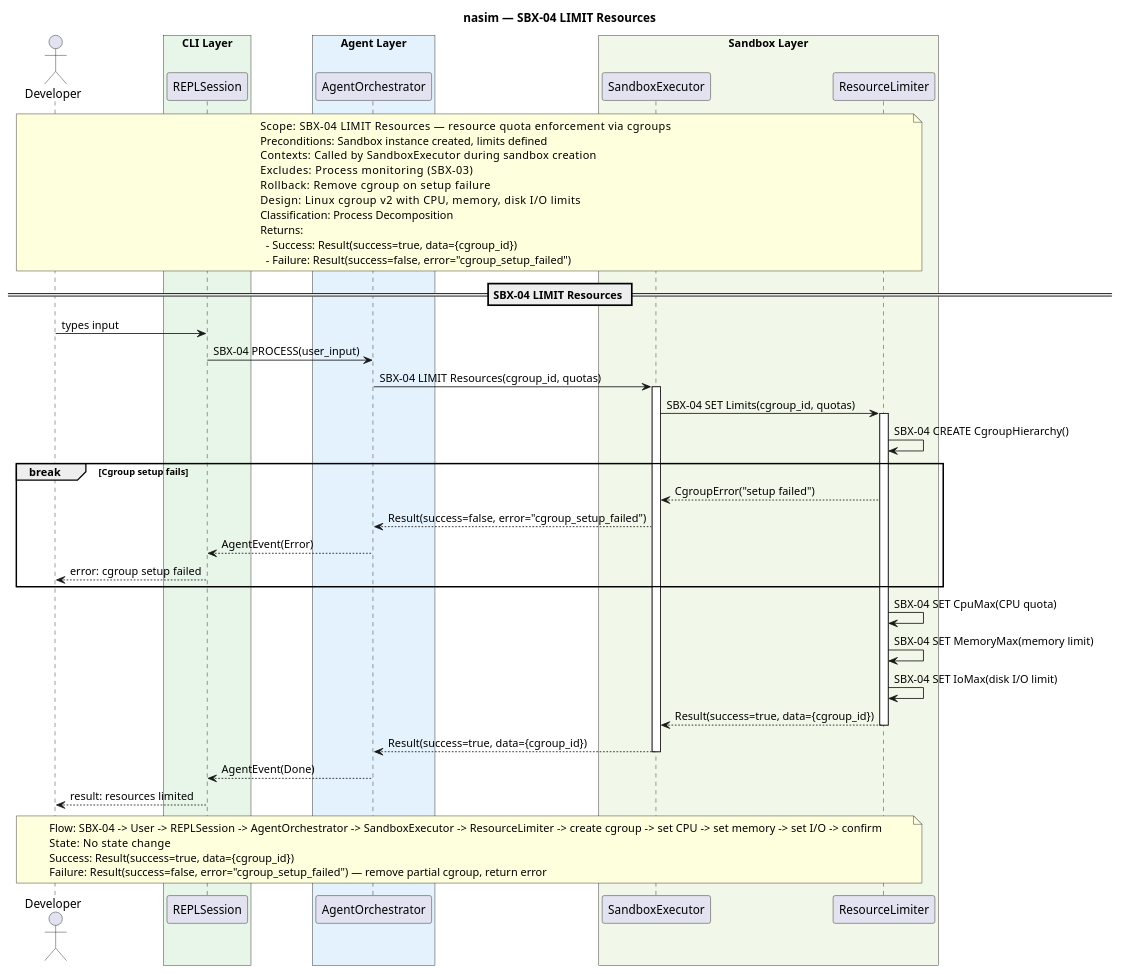
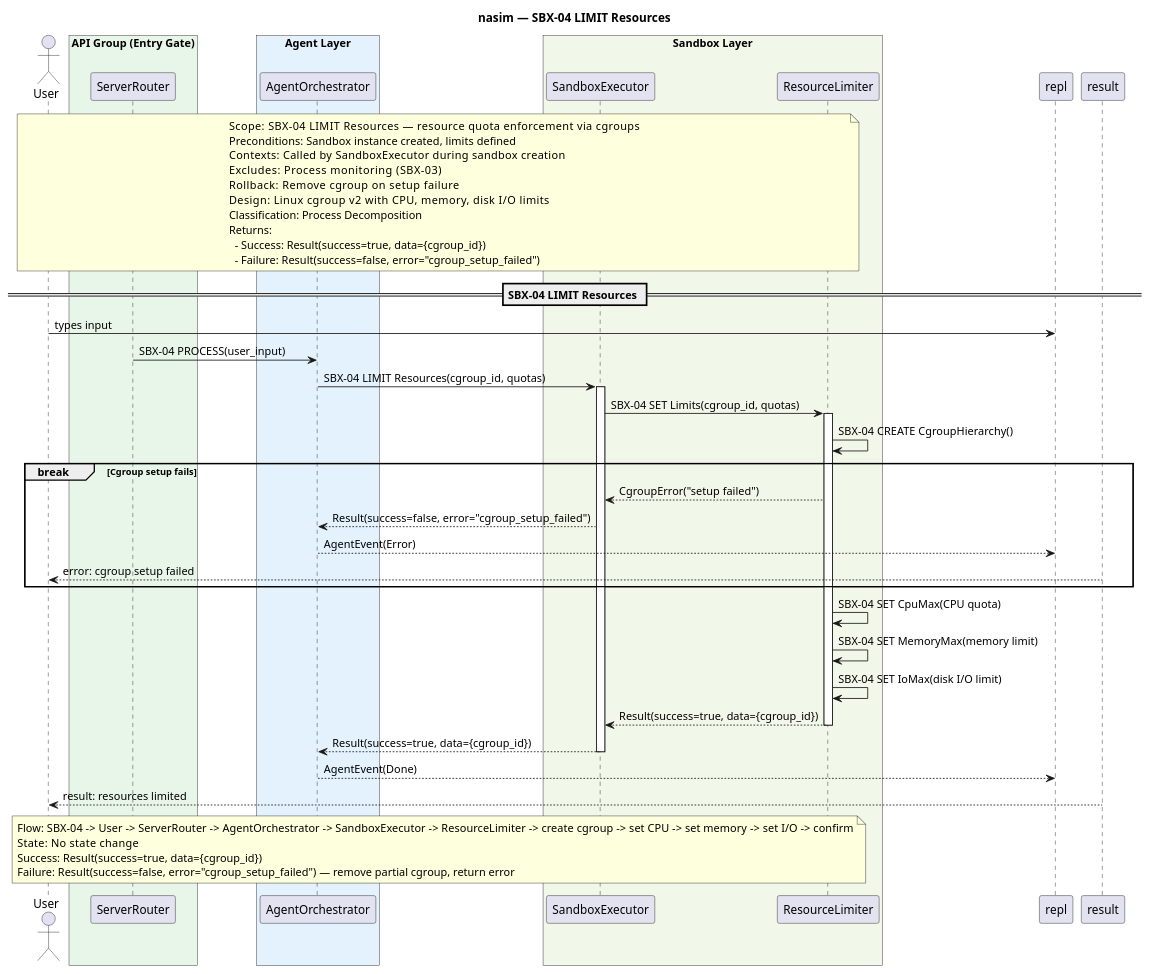
The diagram in docs/SQ/SBX/sq_sbx04_limit_resources.puml (salimnamvar/nasim), drawn with PlantUML before and after one commit. The commit also changed 163 other files, not shown here.

First line of the commit message:
docs: Refactor UC diagrams and documentation for API-First transformation

```diff
--- a/docs/SQ/SBX/sq_sbx04_limit_resources.puml
+++ b/docs/SQ/SBX/sq_sbx04_limit_resources.puml
@@ -1,80 +1,80 @@
 @startuml sq_sbx04_limit_resources
 ' ============================================================
 ' Title:     SBX-04 — LIMIT Resources
 ' Boundary:  nasim code agent
 ' Purpose:   Enforce CPU, memory, and disk quotas per sandbox instance
 ' Milestone: v1.0
-' Version:   3.0.0
-' Source:    docs/UC/README.md
+' Version:   7.0.0
+' Source:    CAR refinement loop — API-First transformation
 ' Review:    docs/SQ/README.md
 ' ============================================================
 
 title nasim — SBX-04 LIMIT Resources
 
-actor "Developer" as user
+actor "User" as user
 
-box "CLI Layer" #E8F5E9
-  participant "REPLSession" as repl
+box "API Group (Entry Gate)" #E8F5E9
+  participant "ServerRouter" as router
 end box
 box "Agent Layer" #E3F2FD
   participant "AgentOrchestrator" as agent
 end box
 box "Sandbox Layer" #F1F8E9
   participant "SandboxExecutor" as executor
   participant "ResourceLimiter" as limiter
 end box
 
 note over user, limiter
   Scope:          SBX-04 LIMIT Resources — resource quota enforcement via cgroups
   Preconditions:  Sandbox instance created, limits defined
   Contexts:       Called by SandboxExecutor during sandbox creation
   Excludes:       Process monitoring (SBX-03)
   Rollback:       Remove cgroup on setup failure
   Design:         Linux cgroup v2 with CPU, memory, disk I/O limits
   Classification: Process Decomposition
   Returns:
     - Success: Result(success=true, data={cgroup_id})
     - Failure: Result(success=false, error="cgroup_setup_failed")
 end note
 
 == SBX-04 LIMIT Resources ==
 
 user -> repl : types input
-repl -> agent : SBX-04 PROCESS(user_input)
+router -> agent : SBX-04 PROCESS(user_input)
 
 agent -> executor : SBX-04 LIMIT Resources(cgroup_id, quotas)
 activate executor
 
 executor -> limiter : SBX-04 SET Limits(cgroup_id, quotas)
 activate limiter
 
 limiter -> limiter : SBX-04 CREATE CgroupHierarchy()
 
 break Cgroup setup fails
     limiter --> executor : CgroupError("setup failed")
     executor --> agent : Result(success=false, error="cgroup_setup_failed")
     agent --> repl : AgentEvent(Error)
-    repl --> user : error: cgroup setup failed
+    result --> user : error: cgroup setup failed
 end
 
 limiter -> limiter : SBX-04 SET CpuMax(CPU quota)
 limiter -> limiter : SBX-04 SET MemoryMax(memory limit)
 limiter -> limiter : SBX-04 SET IoMax(disk I/O limit)
 
 limiter --> executor : Result(success=true, data={cgroup_id})
 deactivate limiter
 
 executor --> agent : Result(success=true, data={cgroup_id})
 deactivate executor
 
 agent --> repl : AgentEvent(Done)
-repl --> user : result: resources limited
+result --> user : result: resources limited
 
 note over user, limiter
-  Flow:    SBX-04 -> User -> REPLSession -> AgentOrchestrator -> SandboxExecutor -> ResourceLimiter -> create cgroup -> set CPU -> set memory -> set I/O -> confirm
+  Flow:    SBX-04 -> User -> ServerRouter -> AgentOrchestrator -> SandboxExecutor -> ResourceLimiter -> create cgroup -> set CPU -> set memory -> set I/O -> confirm
   State:   No state change
   Success: Result(success=true, data={cgroup_id})
   Failure: Result(success=false, error="cgroup_setup_failed") — remove partial cgroup, return error
 end note
 
 @enduml
```
